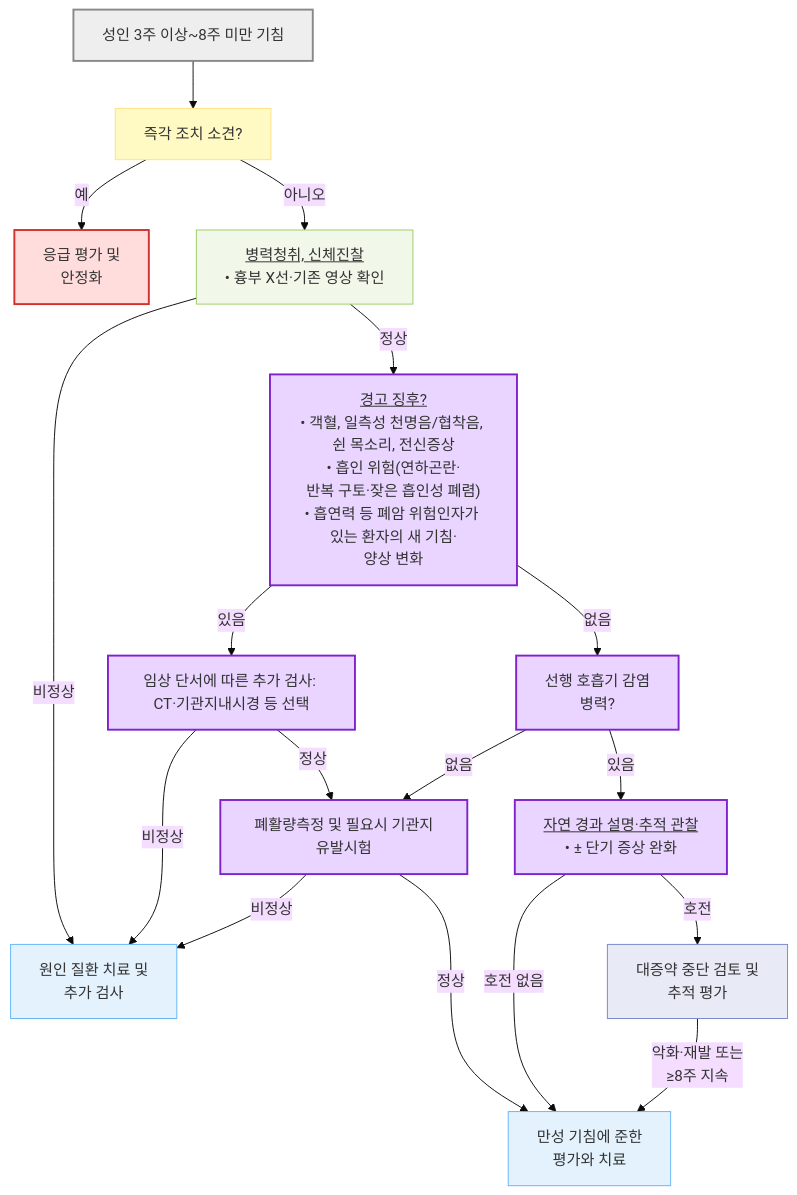
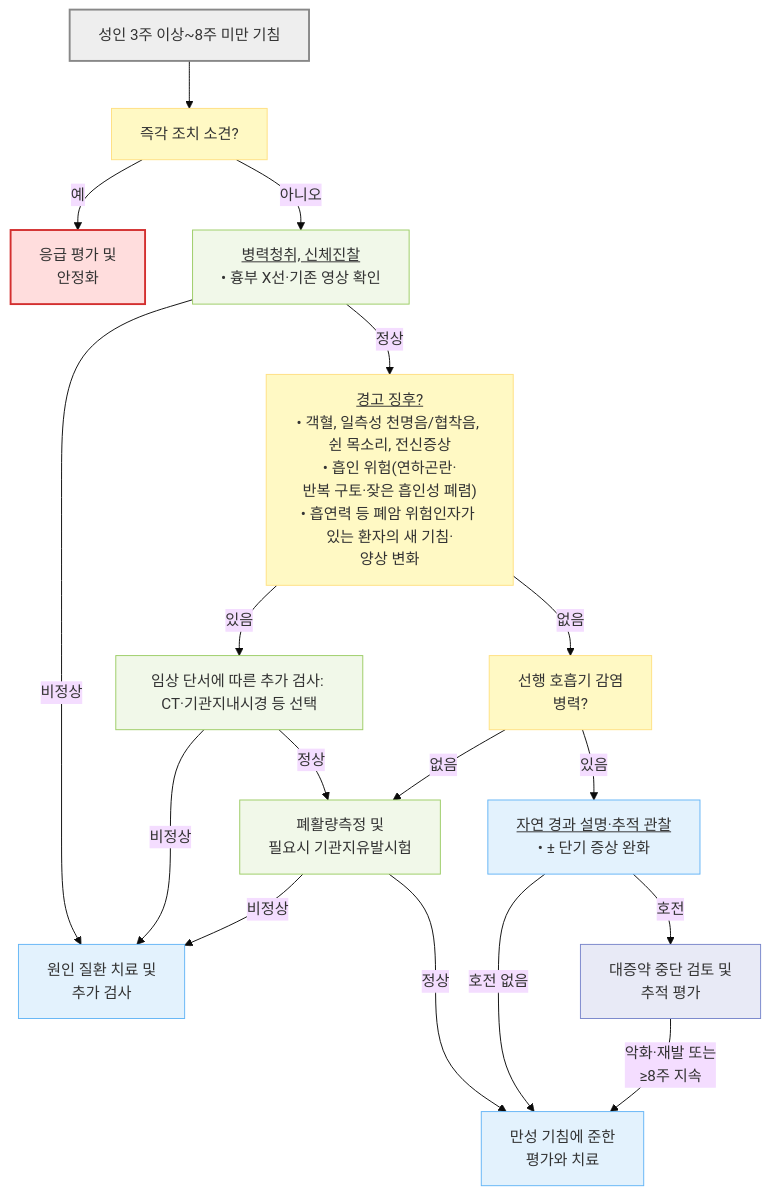
Before and after one commit to familyoh77/familyoh77: the second of 3 diagrams in 220_/006_-cough.md, drawn with Mermaid (base theme). The commit also changed other lines of this file, not shown here.

````diff
--- a/220_/006_-cough.md
+++ b/220_/006_-cough.md
@@ -309,33 +320,32 @@
 ```mermaid
 flowchart TD
     Start["성인 3주 이상~8주 미만 기침"] --> Urgent["즉각 조치 소견?"]
     Urgent -- "예" --> Emergency["응급 평가 및 <br/>안정화"]
     Urgent -- "아니오" --> Xray["<u>병력청취, 신체진찰</u><br/>• 흉부 X선·기존 영상 확인"]
     Xray -- "비정상" --> TreatCause["원인 질환 치료 및<br/>추가 검사"]
     Xray -- "정상" --> RedFlags["<u>경고 징후?</u><br/>• 객혈, 일측성 천명음/협착음, 쉰 목소리, 전신증상<br/>• 흡인 위험(연하곤란·<br/>반복 구토·잦은 흡인성 폐렴)<br/>• 흡연력 등 폐암 위험인자가 <br/>있는 환자의 새 기침·<br/>양상 변화"]
     RedFlags -- "있음" --> CT["임상 단서에 따른 추가 검사: CT·기관지내시경 등 선택"]
     RedFlags -- "없음" --> PostInfectious["선행 호흡기 감염 <br/>병력?"]
     CT -- "비정상" --> TreatCause
-    CT -- "정상" --> PFT["폐활량측정 및 필요시 기관지유발시험"]
+    CT -- "정상" --> PFT["폐활량측정 및 <br/>필요시 기관지유발시험"]
     PFT -- "비정상" --> TreatCause
     PFT -- "정상" --> Chronic["만성 기침에 준한<br/>평가와 치료"]
     PostInfectious -- "있음" --> Symptomatic["<u>자연 경과 설명·추적 관찰</u><br/>• ± 단기 증상 완화"]
     PostInfectious -- "없음" --> PFT
     Symptomatic -- "호전" --> FollowUp["대증약 중단 검토 및<br/>추적 평가"]
     Symptomatic -- "호전 없음" --> Chronic
     FollowUp -- "악화·재발 또는 <br/>≥8주 지속" --> Chronic
     classDef start fill:#eeeeee,stroke:#888888,stroke-width:2px
     classDef question fill:#fff9c4,stroke:#ffe082
     classDef emergency fill:#ffdddd,stroke:#d32f2f,stroke-width:2px
     classDef evaluation fill:#f1f8e9,stroke:#9ccc65
     classDef treatment fill:#e3f2fd,stroke:#64b5f6
     classDef followup fill:#e8eaf6,stroke:#7986cb
     class Start start
     class Urgent,RedFlags,PostInfectious question
     class Emergency emergency
     class Xray,CT,PFT evaluation
     class TreatCause,Chronic,Symptomatic treatment
     class FollowUp followup
-    classDef revised fill:#e9d5ff,stroke:#7e22ce,stroke-width:2px
-    class RedFlags,CT,PFT,Symptomatic,PostInfectious revised
+
 ```
````
